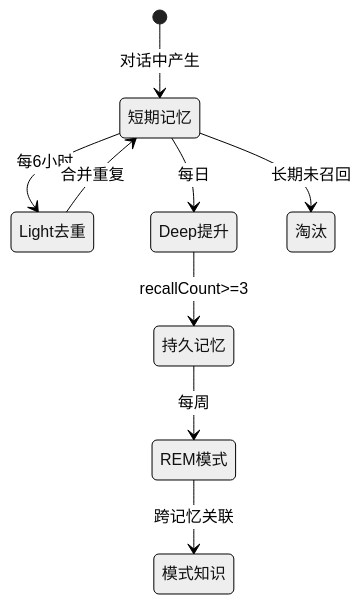
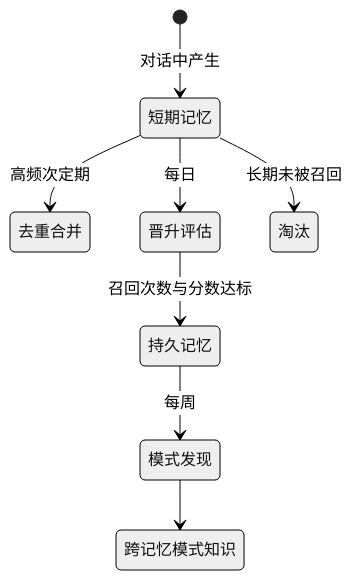
Before and after one commit to MKEy777/agent: the third of 4 diagrams in docs/comparisons/06-memory.md, drawn with Mermaid (neutral theme). The commit also changed other lines of this file and 114 other files, not shown here.

First line of the commit message:
Add comprehensive documentation for Agent architecture and protocols

````diff
--- a/docs/comparisons/06-memory.md
+++ b/docs/comparisons/06-memory.md
@@ -79,11 +72,10 @@
 ```mermaid
 stateDiagram-v2
     [*] --> 短期记忆: 对话中产生
-    短期记忆 --> Light去重: 每6小时
-    Light去重 --> 短期记忆: 合并重复
-    短期记忆 --> Deep提升: 每日
-    Deep提升 --> 持久记忆: recallCount>=3
-    持久记忆 --> REM模式: 每周
-    REM模式 --> 模式知识: 跨记忆关联
-    短期记忆 --> 淘汰: 长期未召回
+    短期记忆 --> 去重合并: 高频次定期
+    短期记忆 --> 晋升评估: 每日
+    晋升评估 --> 持久记忆: 召回次数与分数达标
+    持久记忆 --> 模式发现: 每周
+    模式发现 --> 跨记忆模式知识
+    短期记忆 --> 淘汰: 长期未被召回
 ```
````
